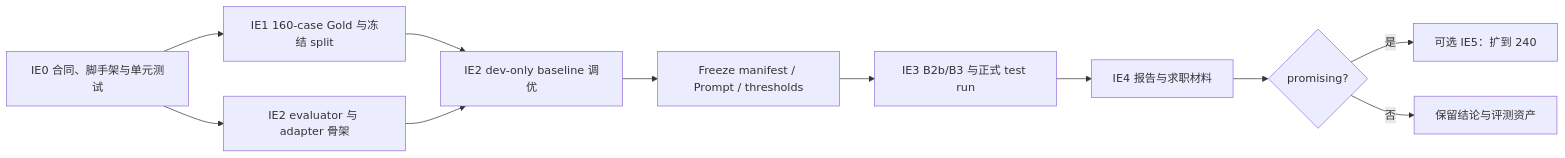
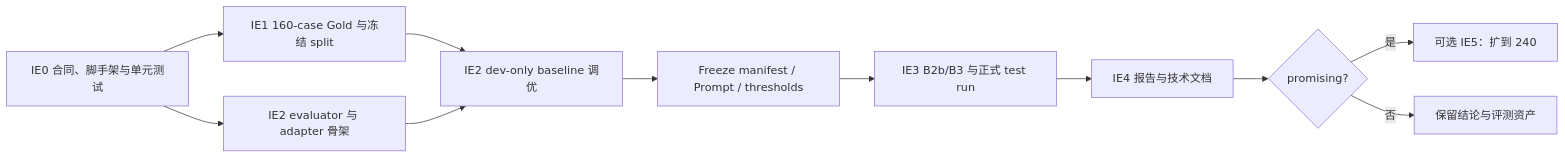
The diagram in docs/implementation-plan.md (skedup/kindred-intent-bench), drawn with Mermaid before and after one commit. The commit also changed other lines of this file and 1 other file, not shown here.

````diff
--- a/docs/implementation-plan.md
+++ b/docs/implementation-plan.md
@@ -117,13 +117,13 @@
 ```mermaid
 flowchart LR
     A["IE0 合同、脚手架与单元测试"] --> B["IE1 160-case Gold 与冻结 split"]
     A --> C["IE2 evaluator 与 adapter 骨架"]
     B --> D["IE2 dev-only baseline 调优"]
     C --> D
     D --> E["Freeze manifest / Prompt / thresholds"]
     E --> F["IE3 B2b/B3 与正式 test run"]
-    F --> G["IE4 报告与求职材料"]
+    F --> G["IE4 报告与技术文档"]
     G --> H{"promising?"}
     H -->|"是"| I["可选 IE5：扩到 240"]
     H -->|"否"| J["保留结论与评测资产"]
 ```
````
